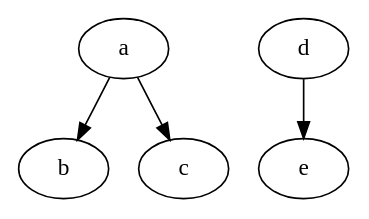
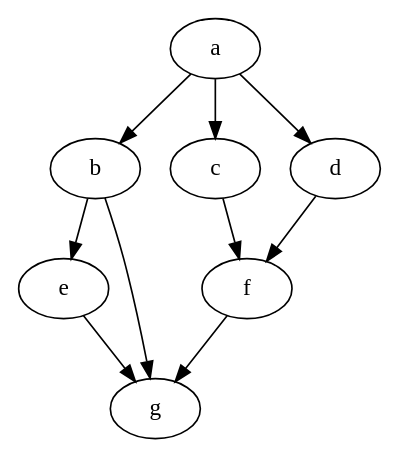
One commit to absternator/Task-Scheduler-Softeng306 changed the diagram in src/main/resources/graph2.dot. Above: the diagram before and after it, drawn with Graphviz. The commit also changed 23 other files, not shown here.

```diff
--- a/src/main/resources/graph2.dot
+++ b/src/main/resources/graph2.dot
@@ -1,10 +1,18 @@
 digraph "example" {
-    a         [Weight=3];
-    b         [Weight=2];
-    a -> b    [Weight=1];
-    c         [Weight=2];
-    a -> c    [Weight=2];
-    d         [Weight=2];
-    e         [Weight=1];
-    d -> e    [Weight=2];
+a         [Weight=2];
+b         [Weight=2];
+c         [Weight=2];
+d         [Weight=3];
+a -> b    [Weight=1];
+a -> c    [Weight=3];
+a -> d    [Weight=1];
+e          [Weight=2];
+b -> e    [Weight=2];
+f         [Weight=3];
+c -> f    [Weight=2];
+d -> f    [Weight=1];
+g       [Weight=2];
+f -> g    [Weight=1];
+e -> g    [Weight=1];
+b -> g    [Weight=1];
 }
```
